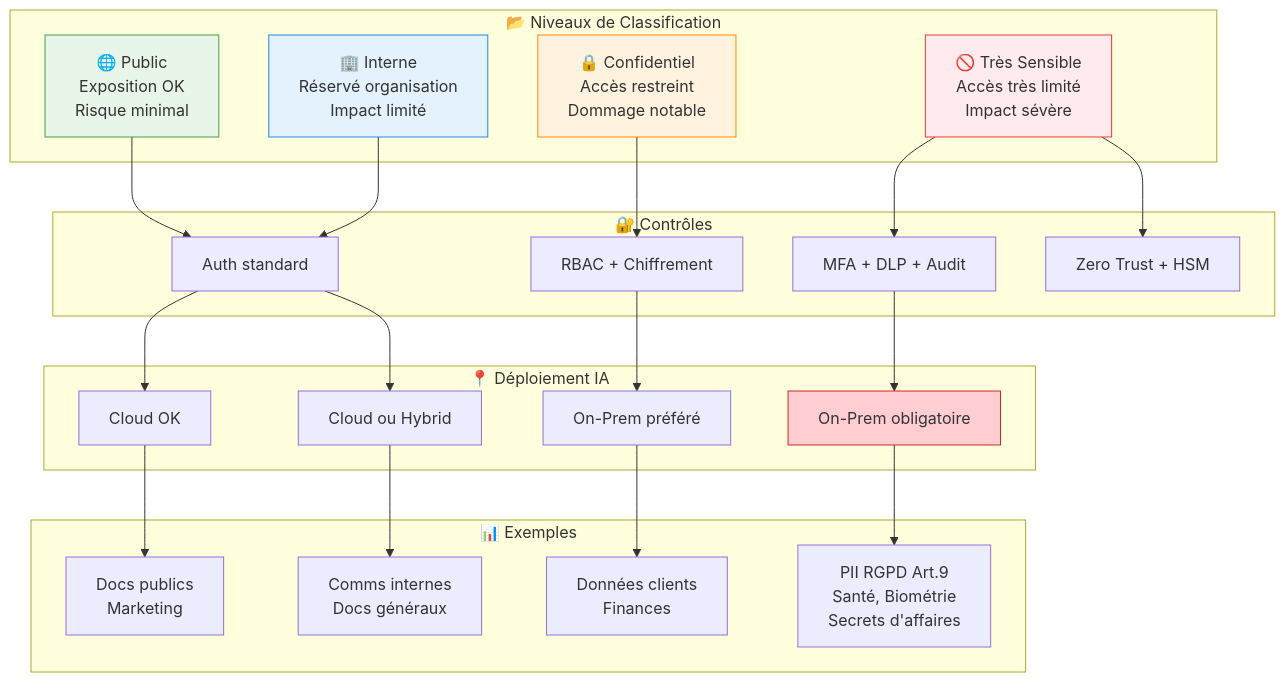
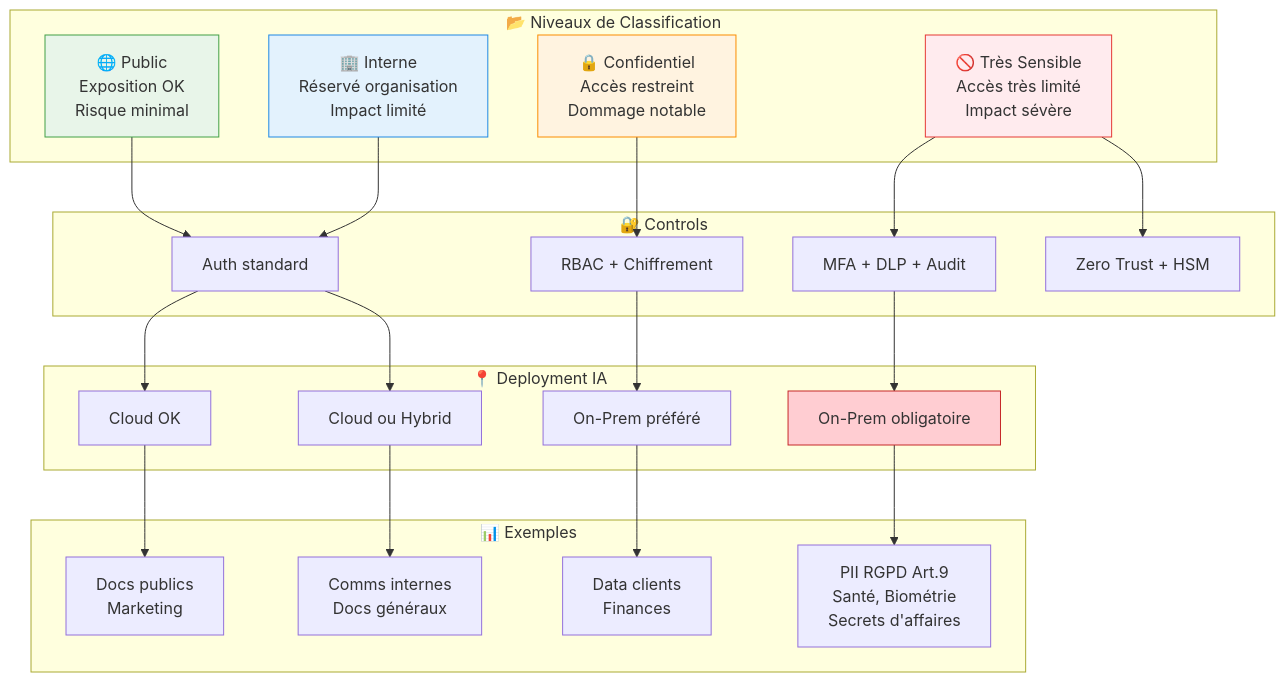
Before and after one commit to brunseba/ai-tech-watch: the diagram in docs/security/data-classification.md, drawn with Mermaid. The commit also changed other lines of this file and 22 other files, not shown here.

````diff
--- a/docs/security/data-classification.md
+++ b/docs/security/data-classification.md
@@ -8,42 +8,42 @@
 ```mermaid
 graph TB
     subgraph Levels["📂 Niveaux de Classification"]
         L1[🌐 Public<br/>Exposition OK<br/>Risque minimal]
         L2[🏢 Interne<br/>Réservé organisation<br/>Impact limité]
         L3[🔒 Confidentiel<br/>Accès restreint<br/>Dommage notable]
         L4[🚫 Très Sensible<br/>Accès très limité<br/>Impact sévère]
     end
     
-    subgraph Controls["🔐 Contrôles"]
+    subgraph Controls["🔐 Controls"]
         C1[Auth standard]
         C2[RBAC + Chiffrement]
         C3[MFA + DLP + Audit]
         C4[Zero Trust + HSM]
     end
     
-    subgraph Deploy["📍 Déploiement IA"]
+    subgraph Deploy["📍 Deployment IA"]
         D1[Cloud OK]
         D2[Cloud ou Hybrid]
         D3[On-Prem préféré]
         D4[On-Prem obligatoire]
     end
     
     subgraph Examples["📊 Exemples"]
         E1[Docs publics<br/>Marketing]
         E2[Comms internes<br/>Docs généraux]
-        E3[Données clients<br/>Finances]
+        E3[Data clients<br/>Finances]
         E4[PII RGPD Art.9<br/>Santé, Biométrie<br/>Secrets d'affaires]
     end
     
     L1 --> C1 --> D1 --> E1
     L2 --> C1 --> D2 --> E2
     L3 --> C2 --> D3 --> E3
     L4 --> C3 --> D4 --> E4
     L4 --> C4
     
     style L1 fill:#e8f5e9,stroke:#43a047
     style L2 fill:#e3f2fd,stroke:#1e88e5
     style L3 fill:#fff3e0,stroke:#fb8c00
     style L4 fill:#ffebee,stroke:#e53935
     style D4 fill:#ffcdd2,stroke:#c62828
 ```
````
